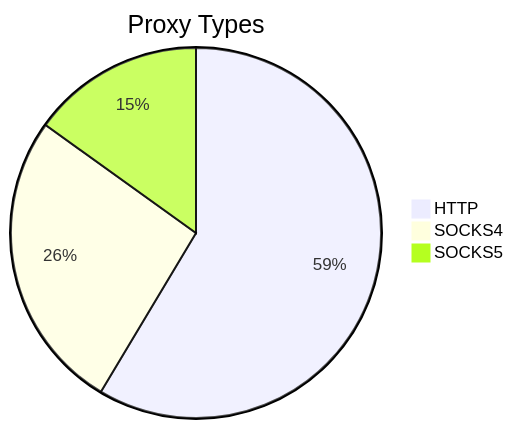
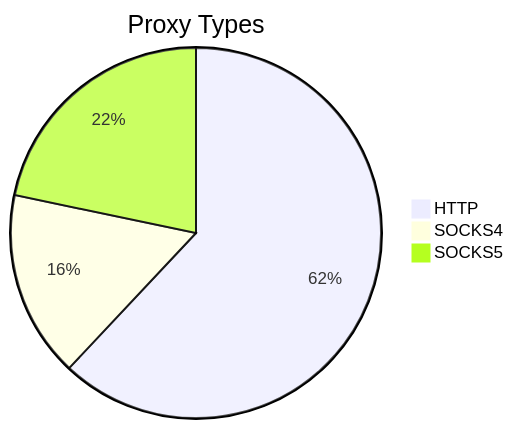
Before and after one commit to stormsia/proxy-list: the first of 2 diagrams in README.md, drawn with Mermaid. The commit also changed other lines of this file, not shown here.

````diff
--- a/README.md
+++ b/README.md
@@ -21,6 +21,6 @@
 ```mermaid
 pie title Proxy Types
-    "HTTP" : 365
-    "SOCKS4" : 164
-    "SOCKS5" : 94
+    "HTTP" : 217
+    "SOCKS4" : 57
+    "SOCKS5" : 76
 ```
````
